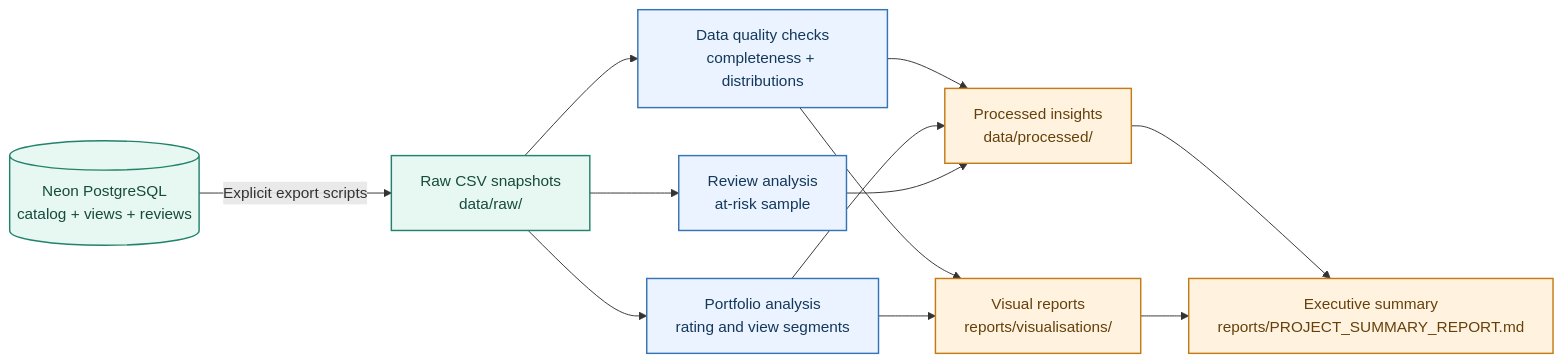
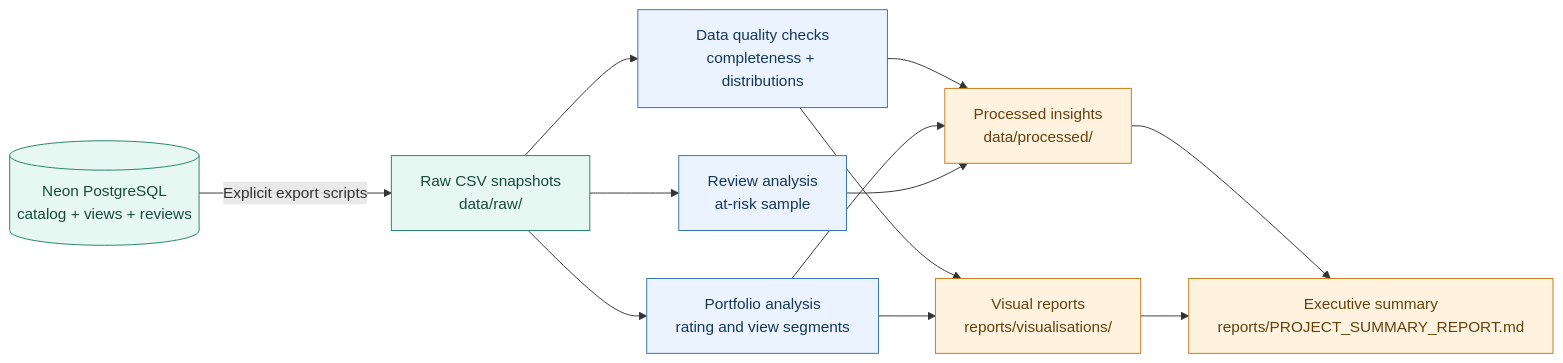
One commit to poruri-santhosh/Aislewise changed the second of 3 diagrams in README.md. Above: the diagram before and after it, drawn with Mermaid. The commit also changed other lines of this file and 4 other files, not shown here.

````diff
--- a/README.md
+++ b/README.md
@@ -72,21 +72,21 @@
 ```mermaid
 flowchart LR
     db[("Neon PostgreSQL<br/>catalog + views + reviews")] -->|Explicit export scripts| raw["Raw CSV snapshots<br/>data/raw/"]
     raw --> quality["Data quality checks<br/>completeness + distributions"]
     raw --> portfolio["Portfolio analysis<br/>rating and view segments"]
     raw --> reviews["Review analysis<br/>at-risk sample"]
     quality --> derived["Processed insights<br/>data/processed/"]
     portfolio --> derived
     reviews --> derived
     quality --> charts["Visual reports<br/>reports/visualisations/"]
     portfolio --> charts
     derived --> report["Executive summary<br/>reports/PROJECT_SUMMARY_REPORT.md"]
     charts --> report
 
-    classDef source fill:#e7f7f1,stroke:#23836a,color:#164b3c,stroke-width:1.5px
-    classDef process fill:#eaf3ff,stroke:#3674b5,color:#14385a,stroke-width:1.5px
-    classDef output fill:#fff3df,stroke:#c47b16,color:#65400c,stroke-width:1.5px
+    classDef source fill:#e7f7f1,stroke:#23836a,color:#164b3c
+    classDef process fill:#eaf3ff,stroke:#3674b5,color:#14385a
+    classDef output fill:#fff3df,stroke:#c47b16,color:#65400c
     class db,raw source
     class quality,portfolio,reviews process
     class derived,charts,report output
 ```
````
